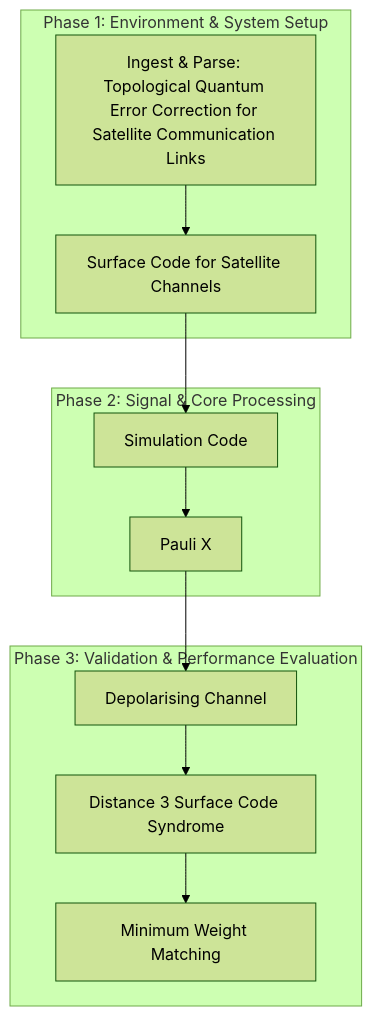
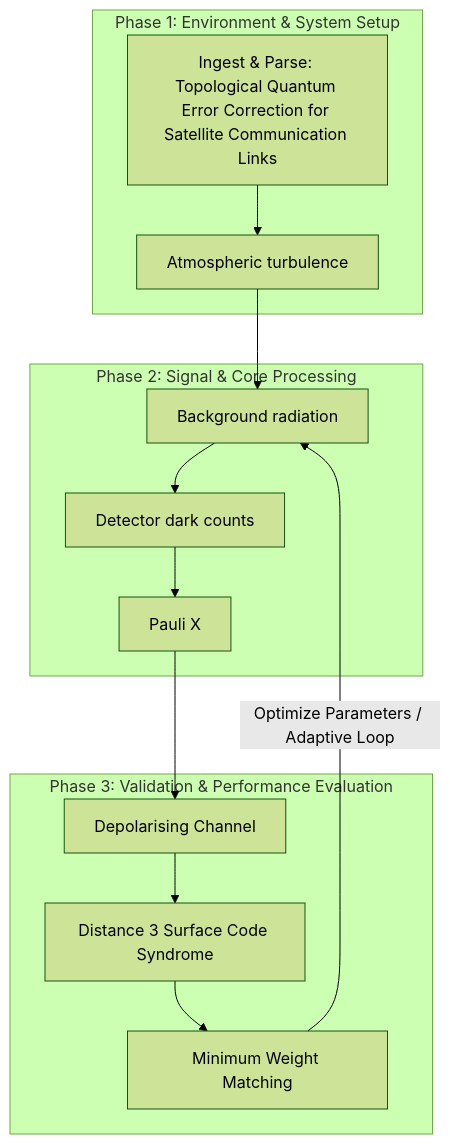
The diagram in README.md (Runtime-Slayers/Topological-Surface-Code-Error-Correction-for-Satellite-QKD), drawn with Mermaid (forest theme) before and after one commit. The commit also changed other lines of this file, not shown here.

Commit message:
Docs: Restructure README.md with detailed summary and pipeline flowchart

````diff
--- a/README.md
+++ b/README.md
@@ -14,22 +14,25 @@
 ```mermaid
 graph TD
     subgraph "Phase 1: Environment & System Setup"
         N0["Ingest & Parse: Topological Quantum Error Correction for Satellite Communication Links"]
-        N1["Surface Code for Satellite Channels"]
+        N1["Atmospheric turbulence"]
     end
     subgraph "Phase 2: Signal & Core Processing"
-        N2["Simulation Code"]
-        N3["Pauli X"]
+        N2["Background radiation"]
+        N3["Detector dark counts"]
+        N4["Pauli X"]
     end
     subgraph "Phase 3: Validation & Performance Evaluation"
-        N4["Depolarising Channel"]
-        N5["Distance 3 Surface Code Syndrome"]
-        N6["Minimum Weight Matching"]
+        N5["Depolarising Channel"]
+        N6["Distance 3 Surface Code Syndrome"]
+        N7["Minimum Weight Matching"]
     end
     N0 --> N1
     N1 --> N2
     N2 --> N3
     N3 --> N4
     N4 --> N5
     N5 --> N6
+    N6 --> N7
+    N7 -->|"Optimize Parameters / Adaptive Loop"| N2
 ```
````
